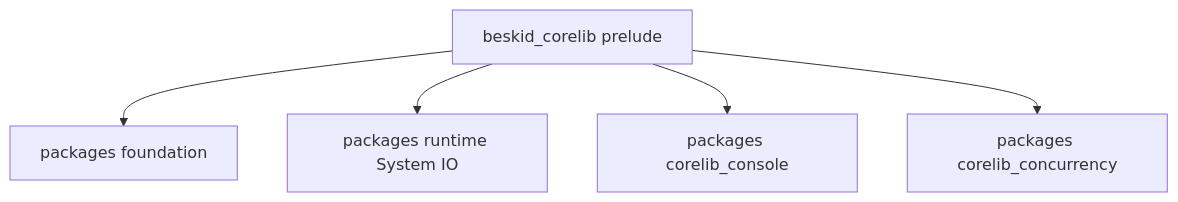
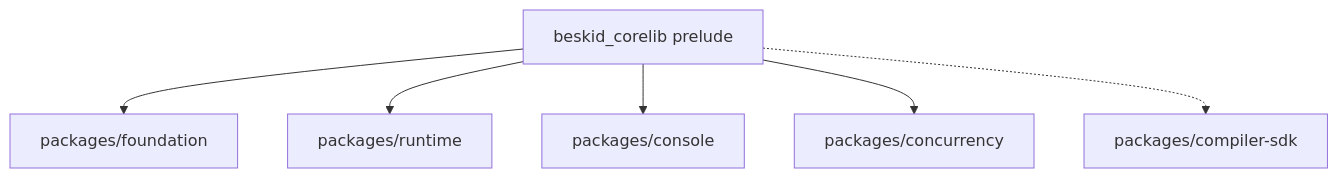
Before and after one commit to Cyber-Nomad-Collective/beskid: the diagram in site/website/src/content/docs/platform-spec/core-library/stability-and-api-shape/corelib-api-shape/design-model.mdx, drawn with Mermaid. The commit also changed other lines of this file and 11 other files, not shown here.

````diff
--- a/site/website/src/content/docs/platform-spec/core-library/stability-and-api-shape/corelib-api-shape/design-model.mdx
+++ b/site/website/src/content/docs/platform-spec/core-library/stability-and-api-shape/corelib-api-shape/design-model.mdx
@@ -41,12 +48,14 @@
 ```mermaid
 flowchart TB
   prelude[beskid_corelib prelude]
-  foundation[packages foundation]
-  runtimePkg[packages runtime System IO]
-  consolePkg[packages corelib_console]
-  concurrencyPkg[packages corelib_concurrency]
+  foundation[packages/foundation]
+  runtimePkg[packages/runtime]
+  consolePkg[packages/console]
+  concurrencyPkg[packages/concurrency]
+  compilerSdk[packages/compiler-sdk]
   prelude --> foundation
   prelude --> runtimePkg
   prelude --> consolePkg
   prelude --> concurrencyPkg
+  prelude -.-> compilerSdk
 ```
````
